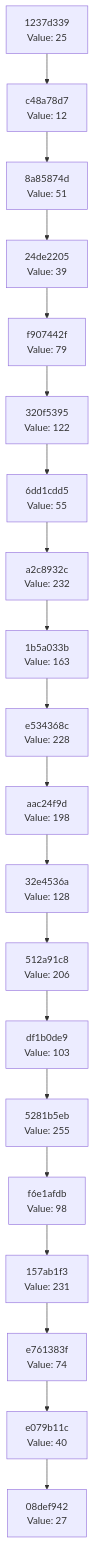
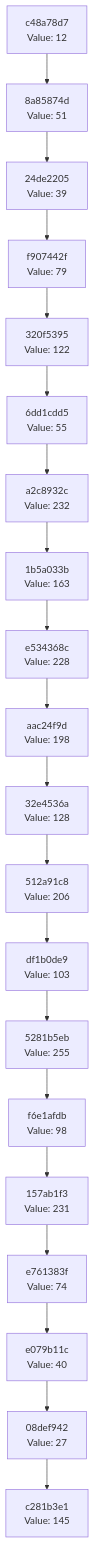
The diagram in docs/CHAIN_VISUALIZATION.md (Abhisheksinha1506/hash-chain-evolver), drawn with Mermaid before and after one commit. The commit also changed 1 other file, not shown here.

Commit message:
Evolution Step

````diff
--- a/docs/CHAIN_VISUALIZATION.md
+++ b/docs/CHAIN_VISUALIZATION.md
@@ -3,42 +3,42 @@
 ```mermaid
 graph TD
-    C0["08def942<br/>Value: 27"]
-    C1["e079b11c<br/>Value: 40"]
+    C0["c281b3e1<br/>Value: 145"]
+    C1["08def942<br/>Value: 27"]
     C1 --> C0
-    C2["e761383f<br/>Value: 74"]
+    C2["e079b11c<br/>Value: 40"]
     C2 --> C1
-    C3["157ab1f3<br/>Value: 231"]
+    C3["e761383f<br/>Value: 74"]
     C3 --> C2
-    C4["f6e1afdb<br/>Value: 98"]
+    C4["157ab1f3<br/>Value: 231"]
     C4 --> C3
-    C5["5281b5eb<br/>Value: 255"]
+    C5["f6e1afdb<br/>Value: 98"]
     C5 --> C4
-    C6["df1b0de9<br/>Value: 103"]
+    C6["5281b5eb<br/>Value: 255"]
     C6 --> C5
-    C7["512a91c8<br/>Value: 206"]
+    C7["df1b0de9<br/>Value: 103"]
     C7 --> C6
-    C8["32e4536a<br/>Value: 128"]
+    C8["512a91c8<br/>Value: 206"]
     C8 --> C7
-    C9["aac24f9d<br/>Value: 198"]
+    C9["32e4536a<br/>Value: 128"]
     C9 --> C8
-    C10["e534368c<br/>Value: 228"]
+    C10["aac24f9d<br/>Value: 198"]
     C10 --> C9
-    C11["1b5a033b<br/>Value: 163"]
+    C11["e534368c<br/>Value: 228"]
     C11 --> C10
-    C12["a2c8932c<br/>Value: 232"]
+    C12["1b5a033b<br/>Value: 163"]
     C12 --> C11
-    C13["6dd1cdd5<br/>Value: 55"]
+    C13["a2c8932c<br/>Value: 232"]
     C13 --> C12
-    C14["320f5395<br/>Value: 122"]
+    C14["6dd1cdd5<br/>Value: 55"]
     C14 --> C13
-    C15["f907442f<br/>Value: 79"]
+    C15["320f5395<br/>Value: 122"]
     C15 --> C14
-    C16["24de2205<br/>Value: 39"]
+    C16["f907442f<br/>Value: 79"]
     C16 --> C15
-    C17["8a85874d<br/>Value: 51"]
+    C17["24de2205<br/>Value: 39"]
     C17 --> C16
-    C18["c48a78d7<br/>Value: 12"]
+    C18["8a85874d<br/>Value: 51"]
     C18 --> C17
-    C19["1237d339<br/>Value: 25"]
+    C19["c48a78d7<br/>Value: 12"]
     C19 --> C18
 ```
````
